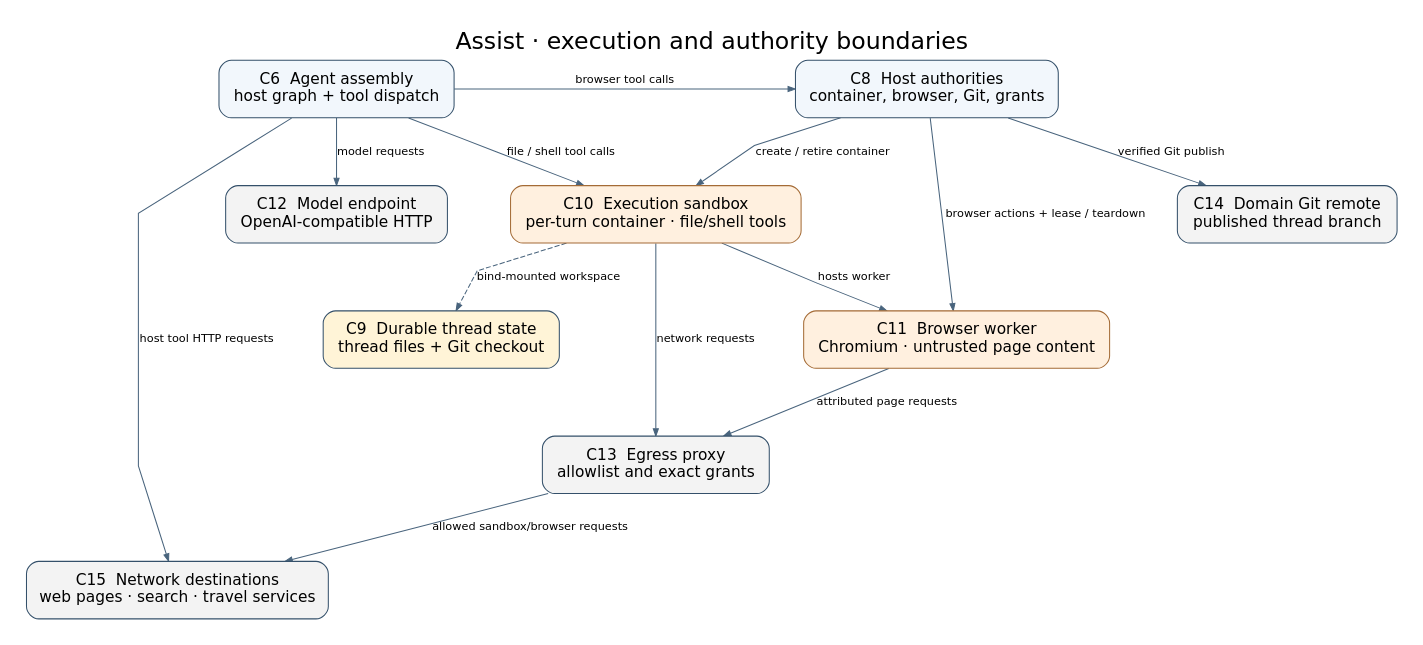
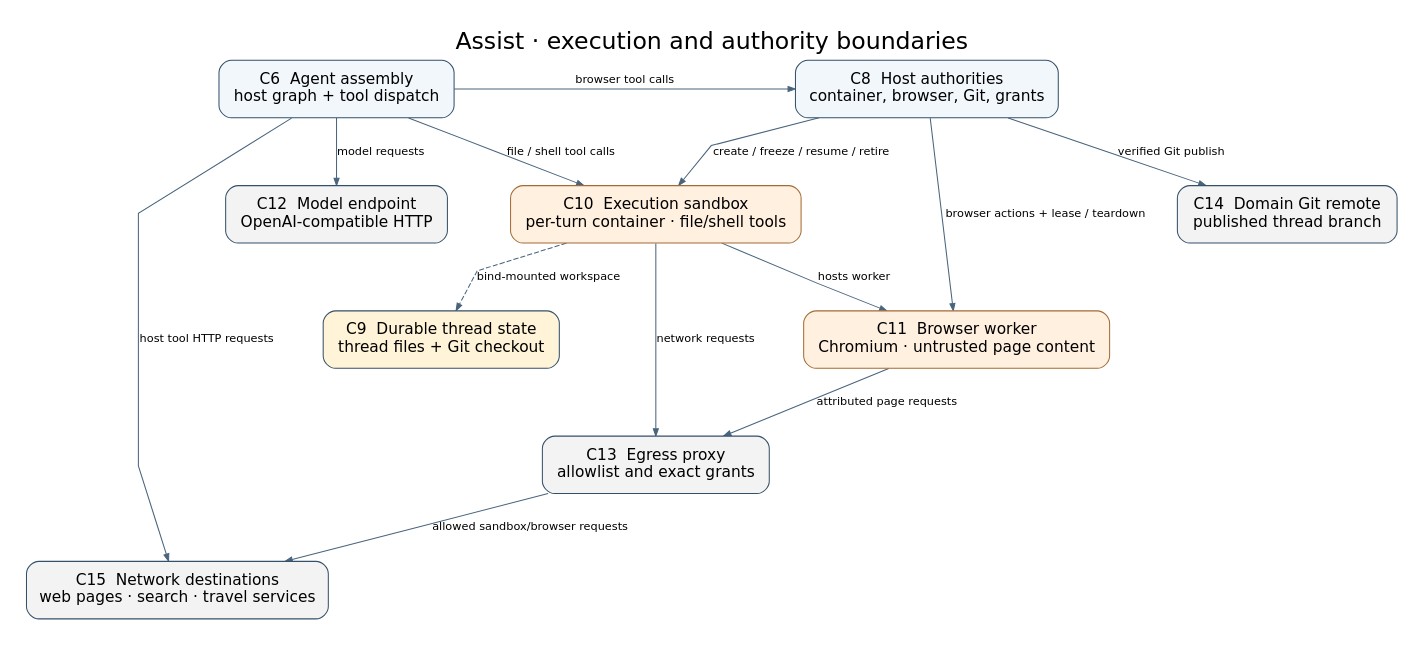
The diagram in docs/architecture-boundaries.dot (pierrel/assist), drawn with Graphviz before and after one commit. The commit also changed 18 other files, not shown here.

```diff
--- a/docs/architecture-boundaries.dot
+++ b/docs/architecture-boundaries.dot
@@ -1,41 +1,41 @@
 digraph Boundaries {
   graph [label="Assist · execution and authority boundaries", labelloc=t,
          fontname="DejaVu Sans", fontsize=23, bgcolor="white",
          rankdir=TB, pad=0.25, nodesep=0.65, ranksep=0.75,
          splines=polyline, outputorder=edgesfirst];
   node [shape=box, style="rounded,filled", color="#34506a",
         fillcolor="#f2f7fc", fontname="DejaVu Sans", fontsize=15,
         margin="0.20,0.15"];
   edge [fontname="DejaVu Sans", fontsize=11, color="#49647d",
         arrowsize=0.7];
 
   C6 [label="C6  Agent assembly\nhost graph + tool dispatch"];
   C8 [label="C8  Host authorities\ncontainer, browser, Git, grants"];
   C9 [label="C9  Durable thread state\nthread files + Git checkout",
       fillcolor="#fff4d7"];
   C10 [label="C10  Execution sandbox\nper-turn container · file/shell tools",
        fillcolor="#fff0df", color="#a46b36"];
   C11 [label="C11  Browser worker\nChromium · untrusted page content",
        fillcolor="#fff0df", color="#a46b36"];
   C12 [label="C12  Model endpoint\nOpenAI-compatible HTTP",
        fillcolor="#f3f3f3"];
   C13 [label="C13  Egress proxy\nallowlist and exact grants",
        fillcolor="#f3f3f3"];
   C14 [label="C14  Domain Git remote\npublished thread branch",
        fillcolor="#f3f3f3"];
   C15 [label="C15  Network destinations\nweb pages · search · travel services",
        fillcolor="#f3f3f3"];
 
   C6 -> C10 [label="file / shell tool calls"];
   C6 -> C8 [label="browser tool calls", constraint=false];
   C6 -> C12 [label="model requests"];
   C6 -> C15 [label="host tool HTTP requests"];
-  C8 -> C10 [label="create / retire container"];
+  C8 -> C10 [label="create / freeze / resume / retire"];
   C8 -> C11 [label="browser actions + lease / teardown"];
   C8 -> C14 [label="verified Git publish"];
   C10 -> C11 [label="hosts worker"];
   C10 -> C13 [label="network requests"];
   C11 -> C13 [label="attributed page requests"];
   C13 -> C15 [label="allowed sandbox/browser requests"];
   C10 -> C9 [label="bind-mounted workspace", style=dashed];
 }
```
